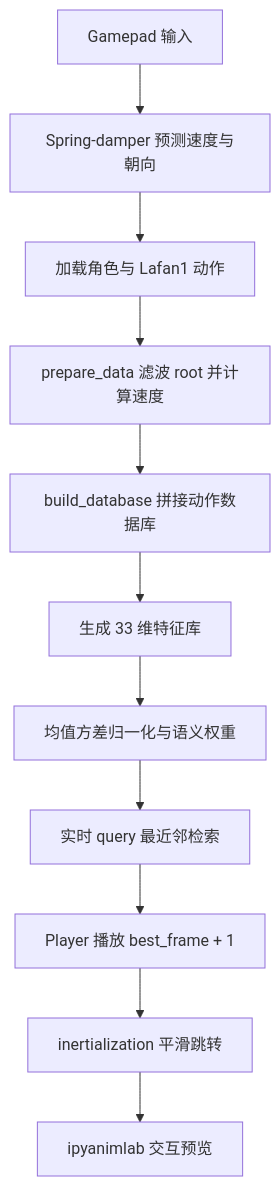
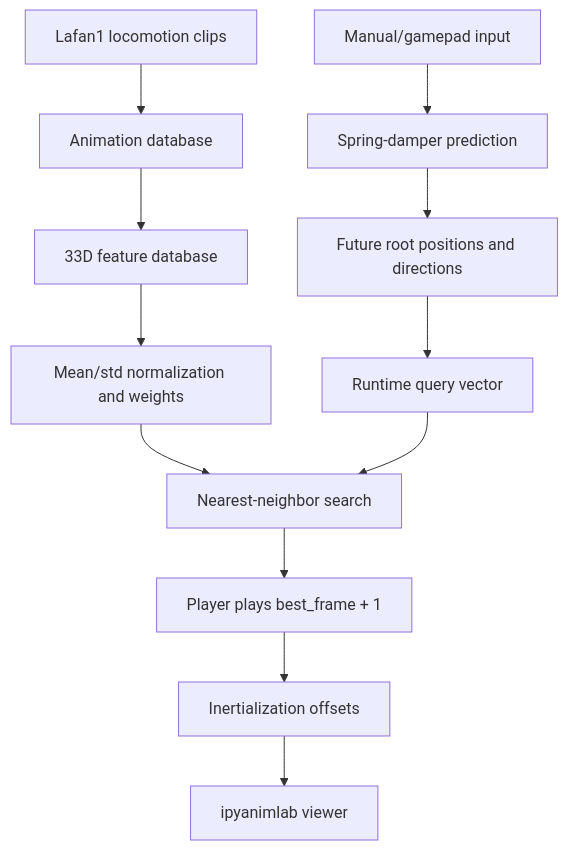
Before and after one commit to EvihGraphics/AnimationTech-HTC: the first of 3 diagrams in docs/blog/AnimationPapers/motion_matching/README.md, drawn with Mermaid. The commit also changed other lines of this file and 25 other files, not shown here.

````diff
--- a/docs/blog/AnimationPapers/motion_matching/README.md
+++ b/docs/blog/AnimationPapers/motion_matching/README.md
@@ -35,13 +27,14 @@
 ```mermaid
 flowchart TD
-    A[Gamepad 输入] --> B[Spring-damper 预测速度与朝向]
-    B --> C[加载角色与 Lafan1 动作]
-    C --> D[prepare_data 滤波 root 并计算速度]
-    D --> E[build_database 拼接动作数据库]
-    E --> F[生成 33 维特征库]
-    F --> G[均值方差归一化与语义权重]
-    G --> H[实时 query 最近邻检索]
-    H --> I[Player 播放 best_frame + 1]
-    I --> J[inertialization 平滑跳转]
-    J --> K[ipyanimlab 交互预览]
+    A[Manual/gamepad input] --> B[Spring-damper prediction]
+    B --> C[Future root positions and directions]
+    D[Lafan1 locomotion clips] --> E[Animation database]
+    E --> F[33D feature database]
+    F --> G[Mean/std normalization and weights]
+    C --> H[Runtime query vector]
+    G --> I[Nearest-neighbor search]
+    H --> I
+    I --> J[Player plays best_frame + 1]
+    J --> K[Inertialization offsets]
+    K --> L[ipyanimlab viewer]
 ```
````
